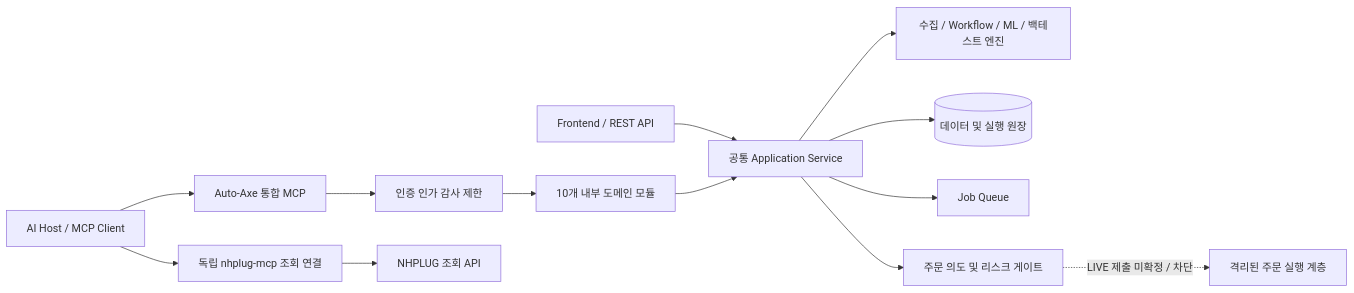
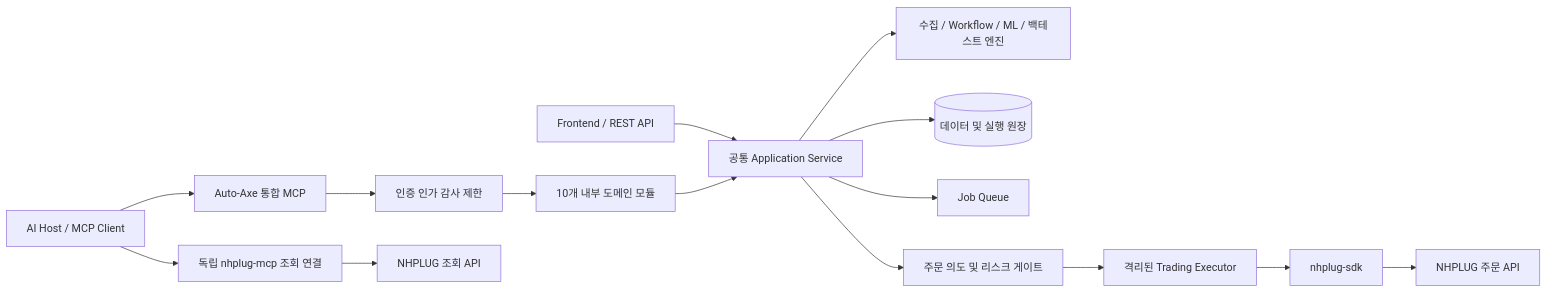
Before and after one commit to ELSAPHABA/Auto-Axe: the diagram in docs/mcp/specification.md, drawn with Mermaid. The commit also changed other lines of this file, not shown here.

Commit message:
docs: align MCP architecture with nhplug-sdk execution

````diff
--- a/docs/mcp/specification.md
+++ b/docs/mcp/specification.md
@@ -22,15 +22,17 @@
 ```mermaid
 flowchart LR
   A[AI Host / MCP Client] --> M[Auto-Axe 통합 MCP]
   UI[Frontend / REST API] --> S[공통 Application Service]
   M --> P[인증 인가 감사 제한]
   P --> D[10개 내부 도메인 모듈]
   D --> S
   S --> E[수집 / Workflow / ML / 백테스트 엔진]
   S --> DB[(데이터 및 실행 원장)]
   S --> J[Job Queue]
   A --> N[독립 nhplug-mcp 조회 연결]
   N --> NH[NHPLUG 조회 API]
   S --> Q[주문 의도 및 리스크 게이트]
-  Q -. LIVE 제출 미확정 / 차단 .-> X[격리된 주문 실행 계층]
+  Q --> X[격리된 Trading Executor]
+  X --> SDK[nhplug-sdk]
+  SDK --> O[NHPLUG 주문 API]
 ```
````
